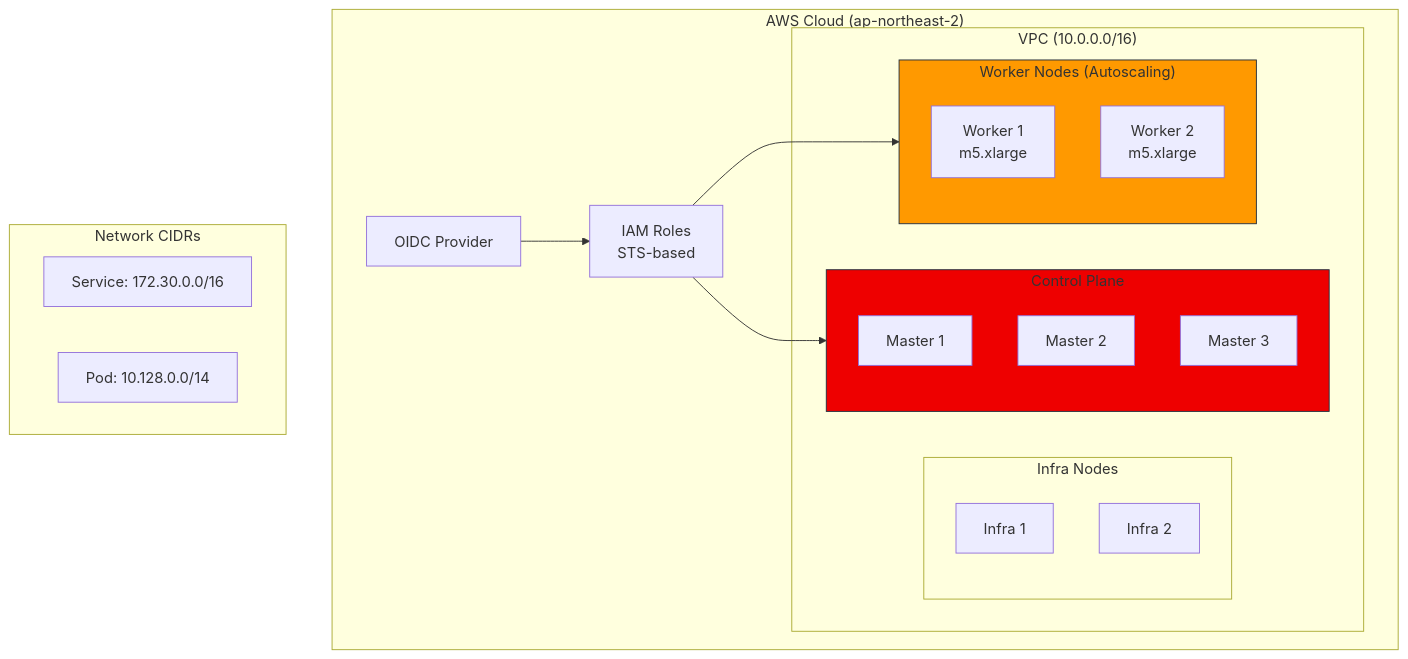
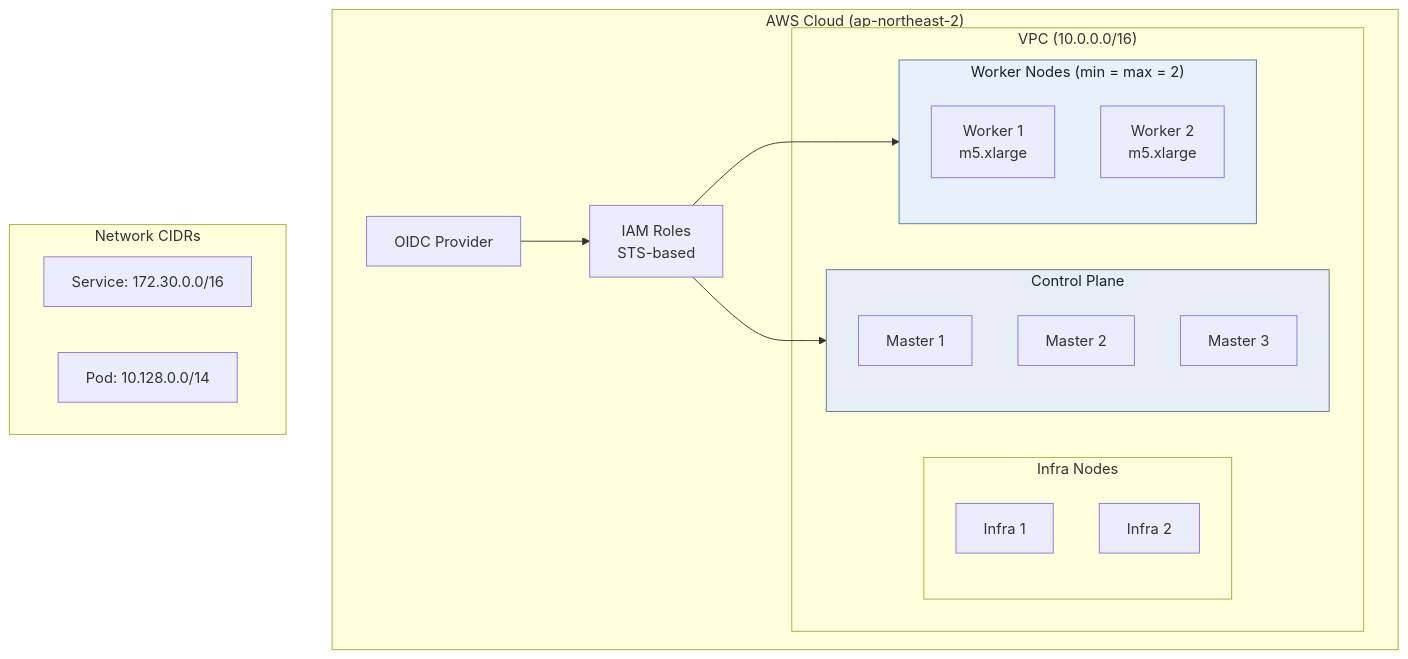
Before and after one commit to devfloor9/engineering-playbook: the diagram in i18n/en/docusaurus-plugin-content-docs/current/rosa/rosa-demo-installation.md, drawn with Mermaid. The commit also changed other lines of this file and 5 other files, not shown here.

````diff
--- a/i18n/en/docusaurus-plugin-content-docs/current/rosa/rosa-demo-installation.md
+++ b/i18n/en/docusaurus-plugin-content-docs/current/rosa/rosa-demo-installation.md
@@ -200,34 +206,34 @@
 ```mermaid
 graph TB
     subgraph AWS["AWS Cloud (ap-northeast-2)"]
         subgraph VPC["VPC (10.0.0.0/16)"]
             subgraph CP["Control Plane"]
                 M1[Master 1]
                 M2[Master 2]
                 M3[Master 3]
             end
             subgraph Infra["Infra Nodes"]
                 I1[Infra 1]
                 I2[Infra 2]
             end
-            subgraph Workers["Worker Nodes (Autoscaling)"]
+            subgraph Workers["Worker Nodes (min = max = 2)"]
                 W1[Worker 1<br/>m5.xlarge]
                 W2[Worker 2<br/>m5.xlarge]
             end
         end
         IAM[IAM Roles<br/>STS-based]
         OIDC[OIDC Provider]
     end
 
     subgraph Network["Network CIDRs"]
         SC["Service: 172.30.0.0/16"]
         PC["Pod: 10.128.0.0/14"]
     end
 
     IAM --> CP
     IAM --> Workers
     OIDC --> IAM
 
-    style CP fill:#EE0000,stroke:#232f3e
-    style Workers fill:#ff9900,stroke:#232f3e
+    style CP fill:#e8eef5,stroke:#64748b,color:#172033
+    style Workers fill:#e8f1fb,stroke:#4777a8,color:#172033
 ```
````
